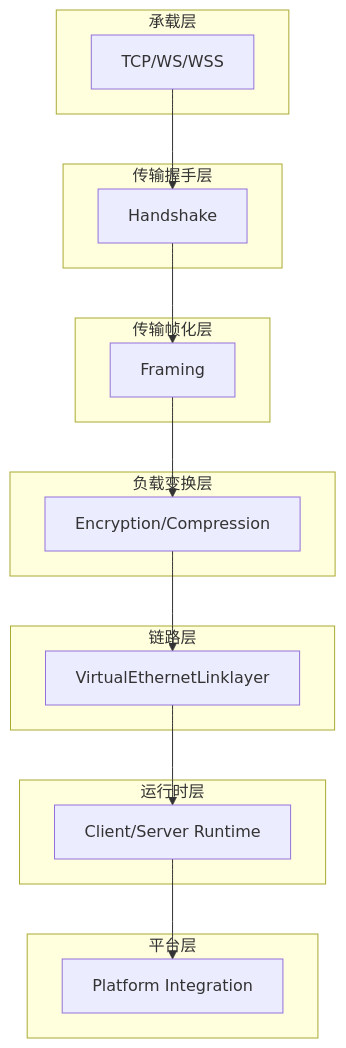
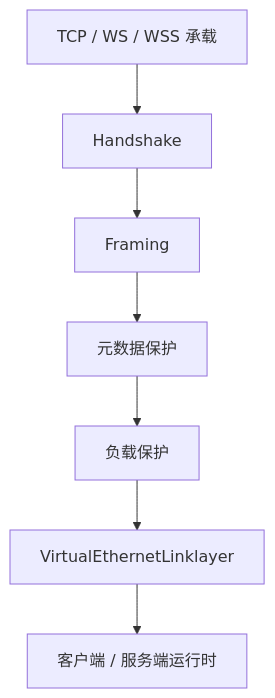
Before and after one commit to HyacinthHaru/openppp2: the first of 4 diagrams in docs/TRANSMISSION_CN.md, drawn with Mermaid. The commit also changed other lines of this file and 45 other files, not shown here.

````diff
--- a/docs/TRANSMISSION_CN.md
+++ b/docs/TRANSMISSION_CN.md
@@ -44,37 +26,9 @@
 ```mermaid
 flowchart TD
-    subgraph 承载层
-        A[TCP/WS/WSS]
-    end
-    
-    subgraph 传输握手层
-        B[Handshake]
-    end
-    
-    subgraph 传输帧化层
-        C[Framing]
-    end
-    
-    subgraph 负载变换层
-        D[Encryption/Compression]
-    end
-    
-    subgraph 链路层
-        E[VirtualEthernetLinklayer]
-    end
-    
-    subgraph 运行时层
-        F[Client/Server Runtime]
-    end
-    
-    subgraph 平台层
-        G[Platform Integration]
-    end
-    
-    A --> B
-    B --> C
-    C --> D
-    D --> E
-    E --> F
-    F --> G
+    A[TCP / WS / WSS 承载] --> B[Handshake]
+    B --> C[Framing]
+    C --> D[元数据保护]
+    D --> E[负载保护]
+    E --> F[VirtualEthernetLinklayer]
+    F --> G[客户端 / 服务端运行时]
 ```
````
